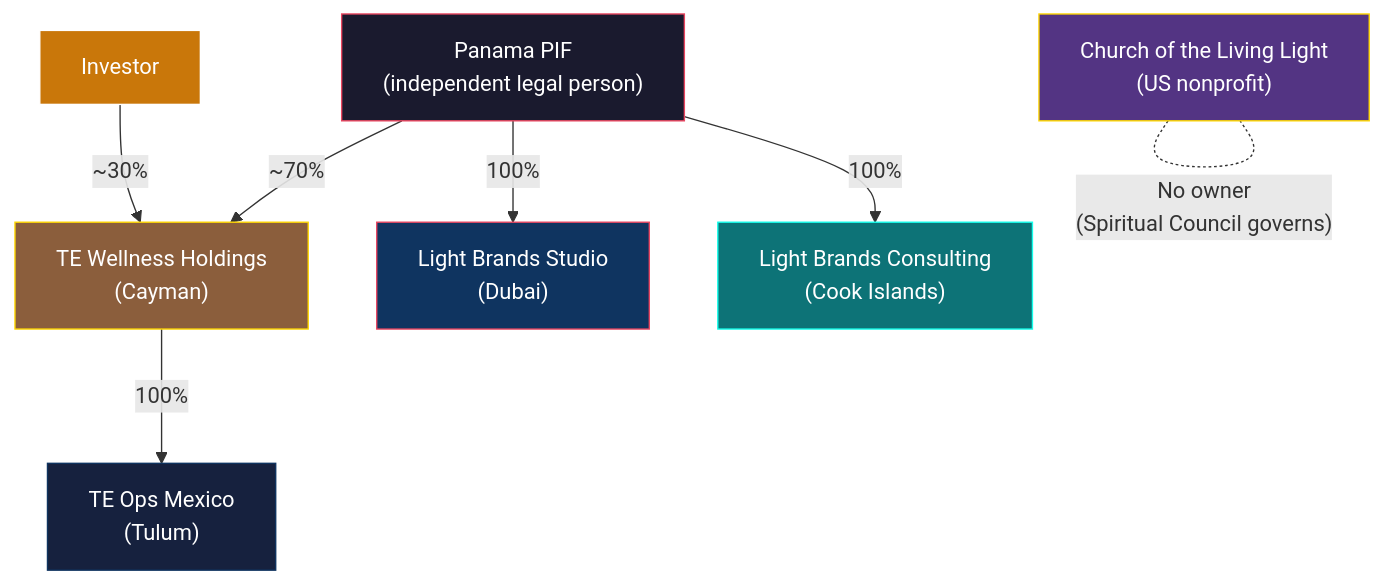
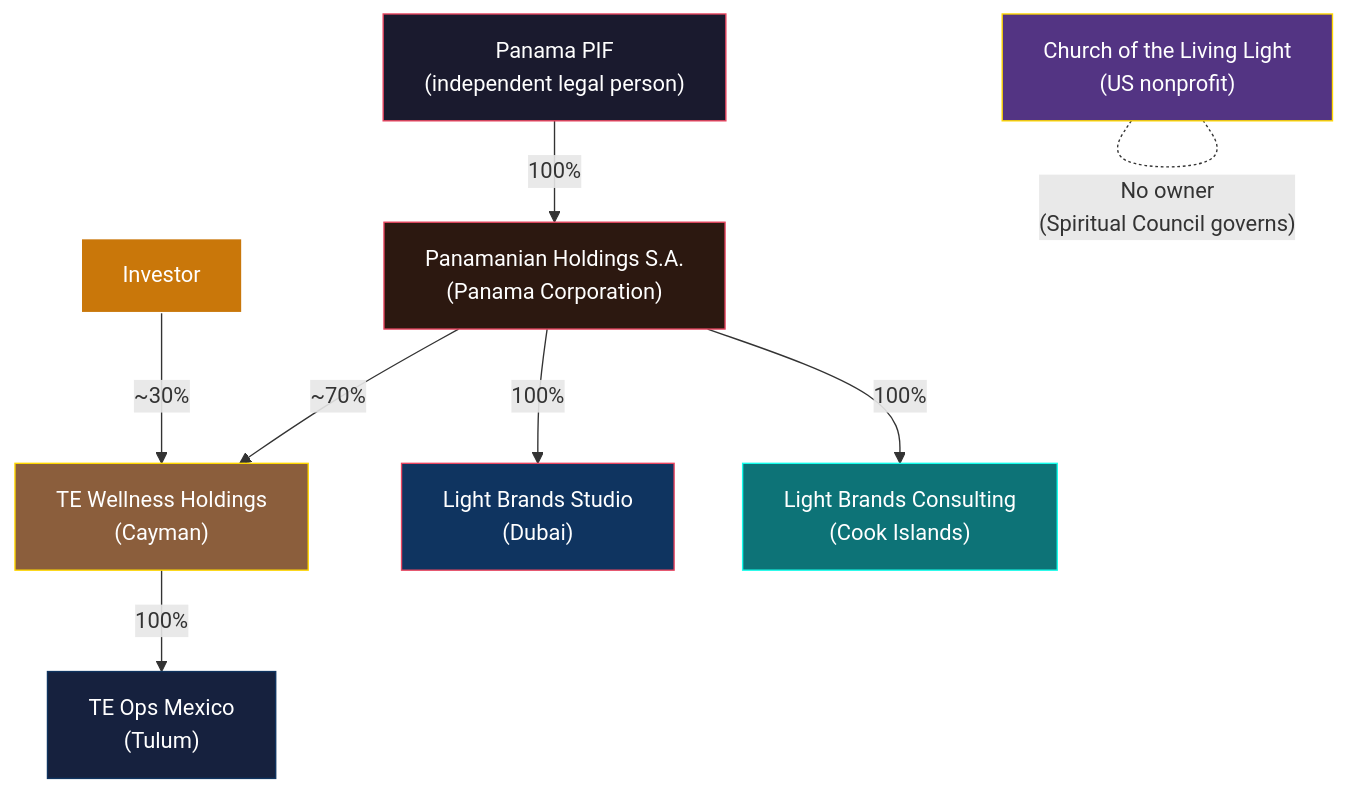
Before and after one commit to Light-Brands/epic-center: the eighth of 16 diagrams in docs/tax-structure/01-MASTER-STRUCTURE.md, drawn with Mermaid. The commit also changed other lines of this file and 9 other files, not shown here.

First line of the commit message:
Insert Panamanian Holdings S.A. between PIF and operating entities

````diff
--- a/docs/tax-structure/01-MASTER-STRUCTURE.md
+++ b/docs/tax-structure/01-MASTER-STRUCTURE.md
@@ -127,26 +142,29 @@
 ```mermaid
 graph TB
     PIF["Panama PIF<br/>(independent legal person)"]
+    SA["Panamanian Holdings S.A.<br/>(Panama Corporation)"]
     INVESTOR["Investor"]
     HOLDINGS["TE Wellness Holdings<br/>(Cayman)"]
     STUDIO["Light Brands Studio<br/>(Dubai)"]
     CI["Light Brands Consulting<br/>(Cook Islands)"]
     MEXICO["TE Ops Mexico<br/>(Tulum)"]
     CHURCH["Church of the Living Light<br/>(US nonprofit)"]
 
-    PIF -->|"~70%"| HOLDINGS
+    PIF -->|"100%"| SA
+    SA -->|"~70%"| HOLDINGS
     INVESTOR -->|"~30%"| HOLDINGS
-    PIF -->|"100%"| STUDIO
-    PIF -->|"100%"| CI
+    SA -->|"100%"| STUDIO
+    SA -->|"100%"| CI
     HOLDINGS -->|"100%"| MEXICO
 
     CHURCH -.-|"No owner<br/>(Spiritual Council governs)"| CHURCH
 
     style PIF fill:#1a1a2e,stroke:#e94560,color:#fff
+    style SA fill:#2c1810,stroke:#e94560,color:#fff
     style INVESTOR fill:#c9770a,stroke:#fff,color:#fff
     style HOLDINGS fill:#8b5e3c,stroke:#ffd700,color:#fff
     style STUDIO fill:#0f3460,stroke:#e94560,color:#fff
     style CI fill:#0d7377,stroke:#14ffec,color:#fff
     style MEXICO fill:#16213e,stroke:#0f3460,color:#fff
     style CHURCH fill:#533483,stroke:#ffd700,color:#fff
 ```
````
